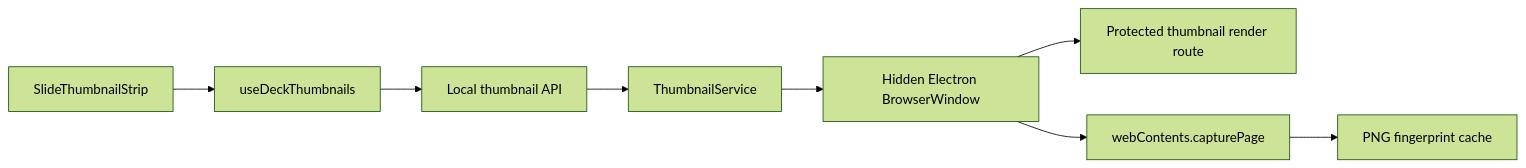
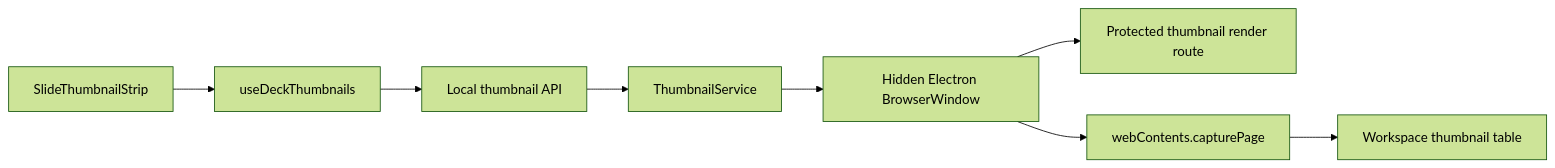
One commit to williamcr01/ark changed the diagram in docs/thumbnails.md. Above: the diagram before and after it, drawn with Mermaid (forest theme). The commit also changed other lines of this file and 137 other files, not shown here.

````diff
--- a/docs/thumbnails.md
+++ b/docs/thumbnails.md
@@ -7,10 +7,10 @@
 ```mermaid
 flowchart LR
   UI[SlideThumbnailStrip] --> Hook[useDeckThumbnails]
   Hook --> Status[Local thumbnail API]
   Status --> Service[ThumbnailService]
   Service --> Window[Hidden Electron BrowserWindow]
   Window --> Render[Protected thumbnail render route]
   Window --> Capture[webContents.capturePage]
-  Capture --> Cache[PNG fingerprint cache]
+  Capture --> Cache[Workspace thumbnail table]
 ```
````
